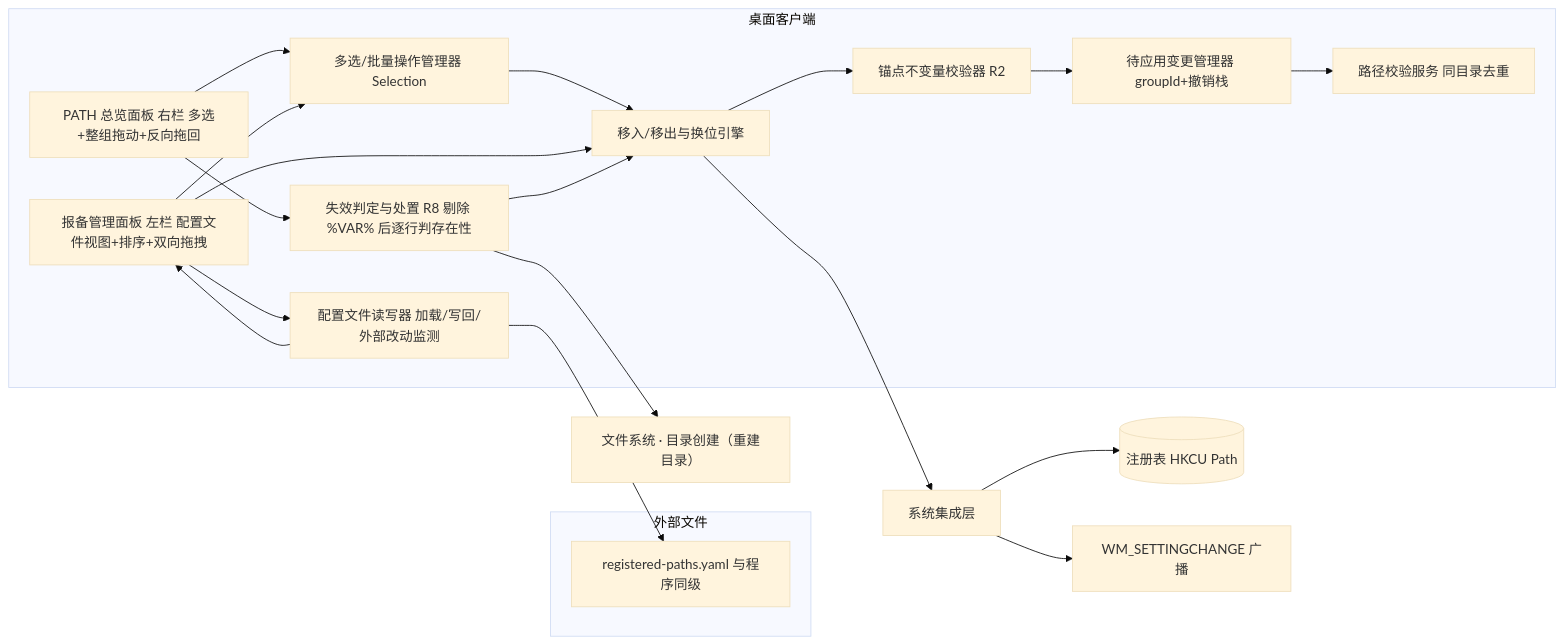
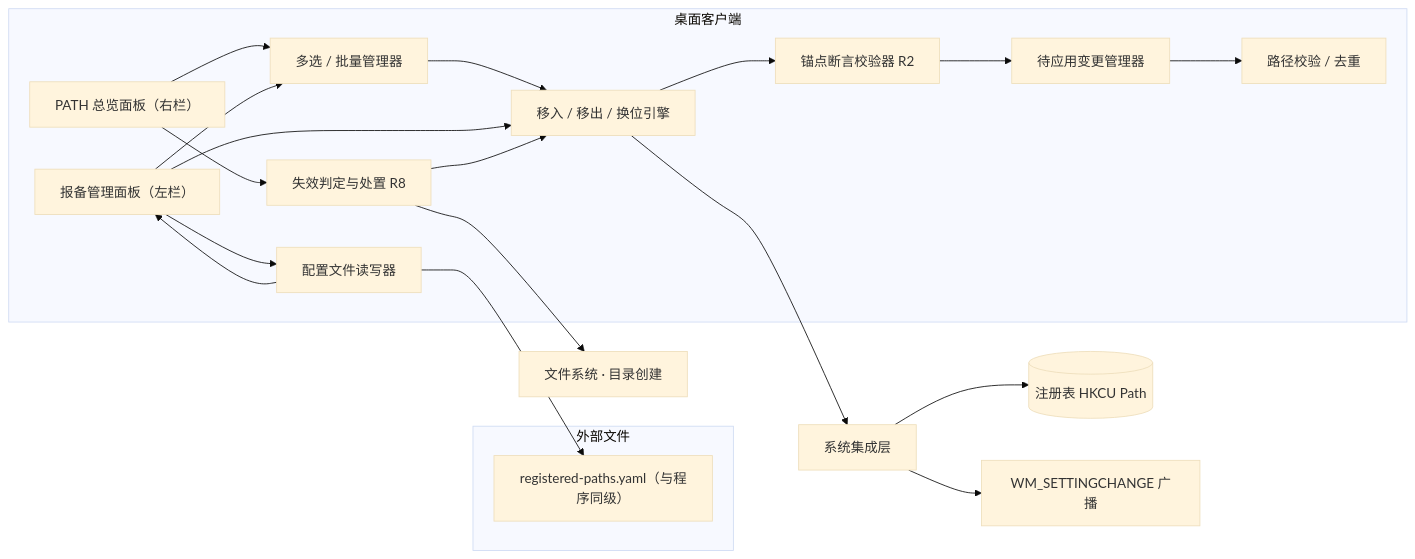
Before and after one commit to Adrts/tool2path: the fourth of 4 diagrams in design/Design Doc.md, drawn with Mermaid (base theme). The commit also changed other lines of this file, not shown here.

````diff
--- a/design/Design Doc.md
+++ b/design/Design Doc.md
@@ -604,33 +629,33 @@
 ```mermaid
 flowchart LR
-  subgraph FS[外部文件]
-    F1[registered-paths.yaml 与程序同级]
+  subgraph FS["外部文件"]
+    F1["registered-paths.yaml（与程序同级）"]
   end
-  subgraph UI[桌面客户端]
-    A[报备管理面板 左栏 配置文件视图+排序+双向拖拽]
-    B[PATH 总览面板 右栏 多选+整组拖动+反向拖回]
-    C[配置文件读写器 加载/写回/外部改动监测]
-    D[多选/批量操作管理器 Selection]
-    E[移入/移出与换位引擎]
-    F[锚点不变量校验器 R2]
-    G[待应用变更管理器 groupId+撤销栈]
-    H[路径校验服务 同目录去重]
-    L[失效判定与处置 R8 剔除 %VAR% 后逐行判存在性]
+  subgraph UI["桌面客户端"]
+    A["报备管理面板（左栏）"]
+    B["PATH 总览面板（右栏）"]
+    C["配置文件读写器"]
+    D["多选 / 批量管理器"]
+    E["移入 / 移出 / 换位引擎"]
+    F["锚点断言校验器 R2"]
+    G["待应用变更管理器"]
+    H["路径校验 / 去重"]
+    L["失效判定与处置 R8"]
   end
   A --> C
   C --> F1
   C --> A
   B --> D
   A --> D
   D --> E
   E --> F
   F --> G
   G --> H
   A --> E
   B --> L
   L --> E
-  L --> FC["文件系统 · 目录创建（重建目录）"]
-  E --> I[系统集成层]
-  I --> J[(注册表 HKCU Path)]
-  I --> K[WM_SETTINGCHANGE 广播]
+  L --> FC["文件系统 · 目录创建"]
+  E --> I["系统集成层"]
+  I --> J[("注册表 HKCU Path")]
+  I --> K["WM_SETTINGCHANGE 广播"]
 ```
````
